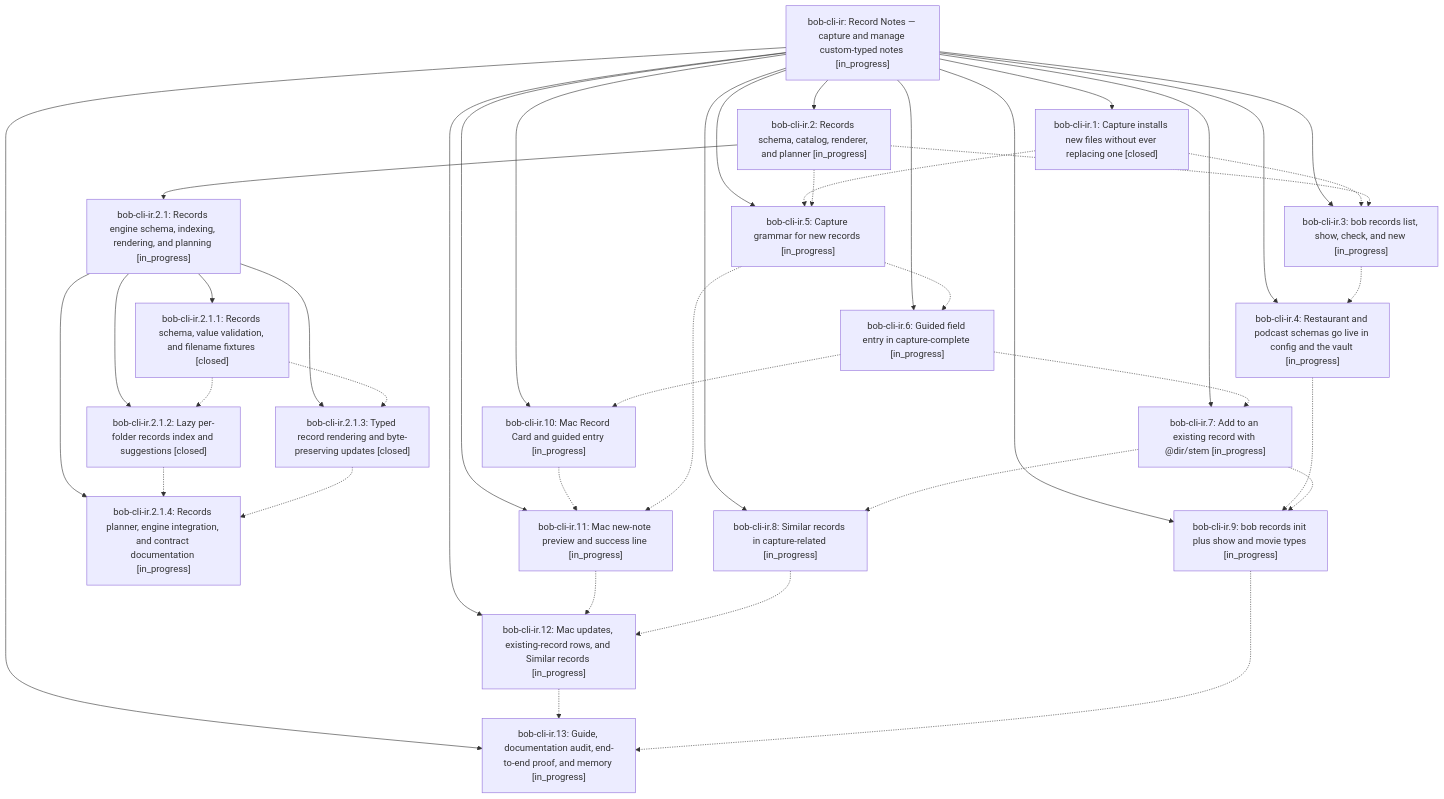
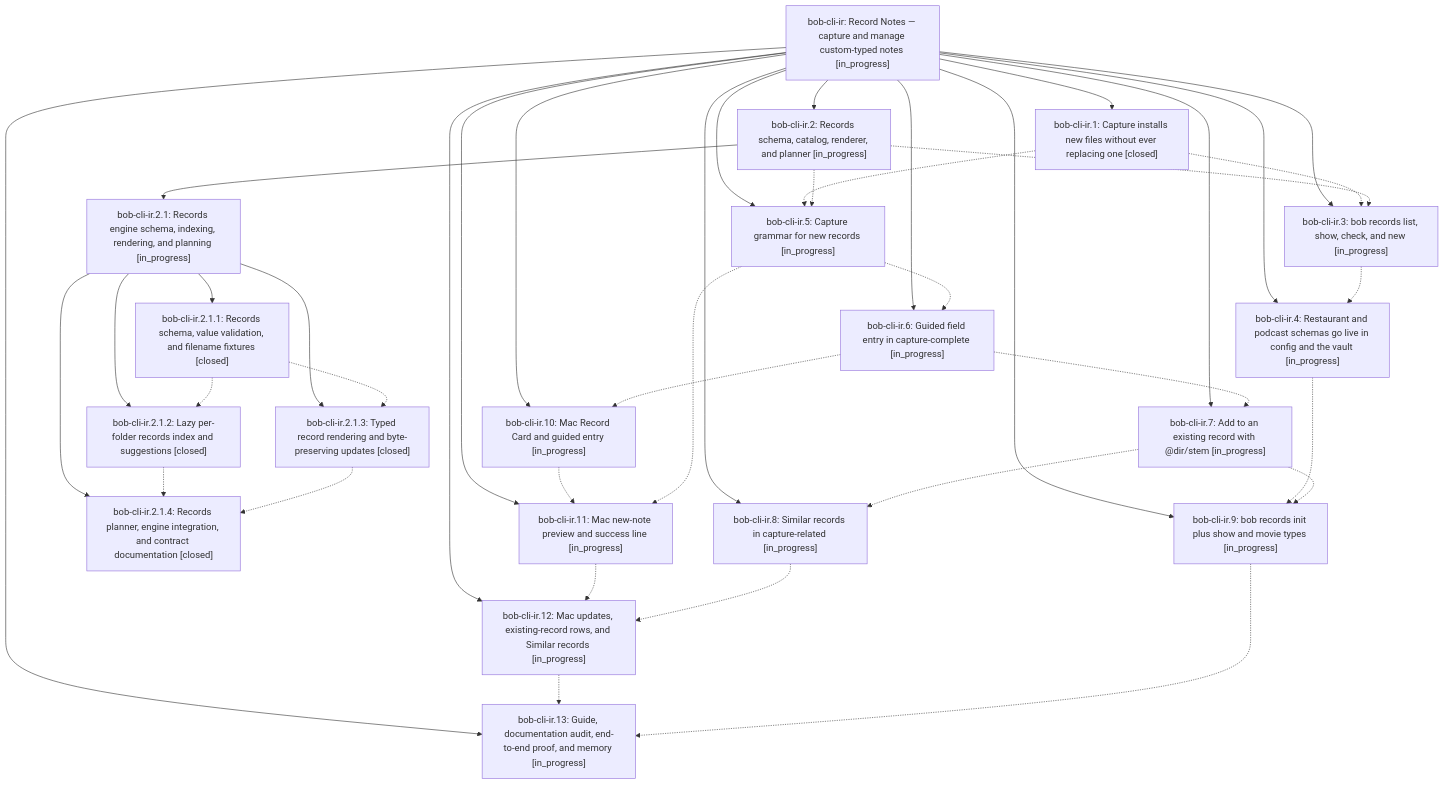
Before and after one commit to bobs-org/bob-cli--beads: the diagram in pages/bob-cli-ir/README.md, drawn with Mermaid. The commit also changed other lines of this file and 5 other files, not shown here.

First line of the commit message:
chore(beads): sync bead state and pages for bob-cli-ir

````diff
--- a/pages/bob-cli-ir/README.md
+++ b/pages/bob-cli-ir/README.md
@@ -52,61 +52,61 @@
 ```mermaid
 flowchart TD
     n0["bob-cli-ir: Record Notes — capture and manage custom-typed notes [in_progress]"]
     n1["bob-cli-ir.1: Capture installs new files without ever replacing one [closed]"]
     n2["bob-cli-ir.10: Mac Record Card and guided entry [in_progress]"]
     n3["bob-cli-ir.11: Mac new-note preview and success line [in_progress]"]
     n4["bob-cli-ir.12: Mac updates, existing-record rows, and Similar records [in_progress]"]
     n5["bob-cli-ir.13: Guide, documentation audit, end-to-end proof, and memory [in_progress]"]
     n6["bob-cli-ir.2: Records schema, catalog, renderer, and planner [in_progress]"]
     n7["bob-cli-ir.2.1: Records engine schema, indexing, rendering, and planning [in_progress]"]
     n8["bob-cli-ir.2.1.1: Records schema, value validation, and filename fixtures [closed]"]
     n9["bob-cli-ir.2.1.2: Lazy per-folder records index and suggestions [closed]"]
     n10["bob-cli-ir.2.1.3: Typed record rendering and byte-preserving updates [closed]"]
-    n11["bob-cli-ir.2.1.4: Records planner, engine integration, and contract documentation [in_progress]"]
+    n11["bob-cli-ir.2.1.4: Records planner, engine integration, and contract documentation [closed]"]
     n12["bob-cli-ir.3: bob records list, show, check, and new [in_progress]"]
     n13["bob-cli-ir.4: Restaurant and podcast schemas go live in config and the vault [in_progress]"]
     n14["bob-cli-ir.5: Capture grammar for new records [in_progress]"]
     n15["bob-cli-ir.6: Guided field entry in capture-complete [in_progress]"]
     n16["bob-cli-ir.7: Add to an existing record with @dir/stem [in_progress]"]
     n17["bob-cli-ir.8: Similar records in capture-related [in_progress]"]
     n18["bob-cli-ir.9: bob records init plus show and movie types [in_progress]"]
     n0 --> n1
     n0 --> n2
     n0 --> n3
     n0 --> n4
     n0 --> n5
     n0 --> n6
     n6 --> n7
     n7 --> n8
     n7 --> n9
     n7 --> n10
     n7 --> n11
     n0 --> n12
     n0 --> n13
     n0 --> n14
     n0 --> n15
     n0 --> n16
     n0 --> n17
     n0 --> n18
     n1 -.-> n12
     n1 -.-> n14
     n2 -.-> n3
     n3 -.-> n4
     n4 -.-> n5
     n6 -.-> n12
     n6 -.-> n14
     n8 -.-> n9
     n8 -.-> n10
     n9 -.-> n11
     n10 -.-> n11
     n12 -.-> n13
     n13 -.-> n18
     n14 -.-> n3
     n14 -.-> n15
     n15 -.-> n2
     n15 -.-> n16
     n16 -.-> n17
     n16 -.-> n18
     n17 -.-> n4
     n18 -.-> n5
 ```
````
